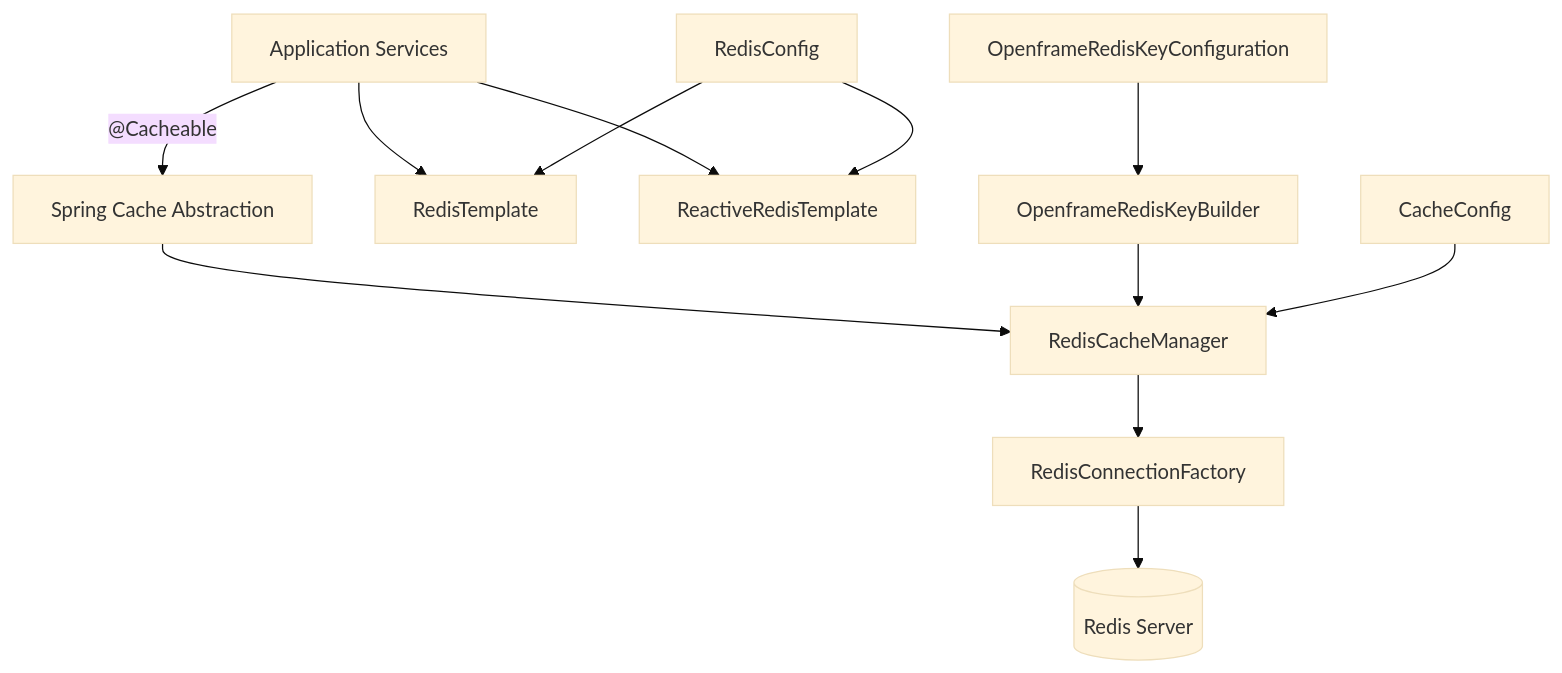
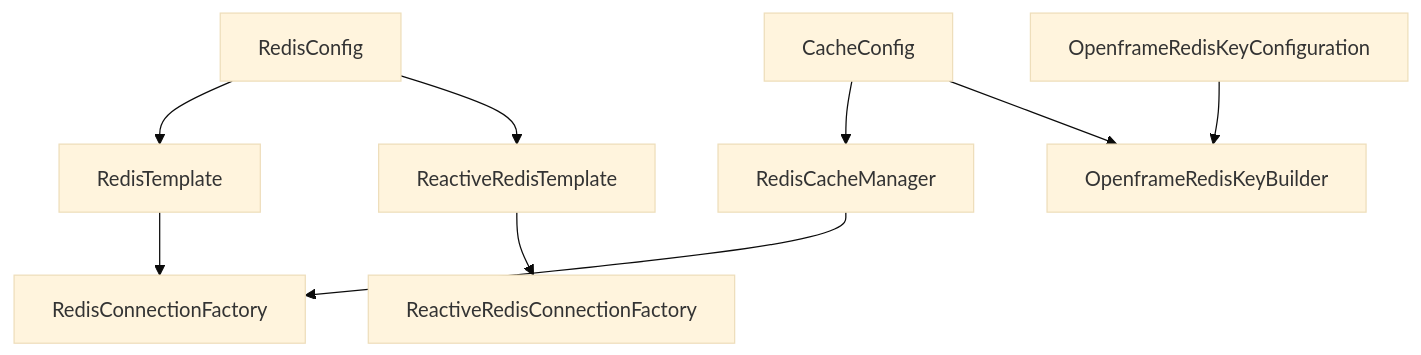
Before and after one commit to flamingo-stack/openframe-oss-lib: the second of 5 diagrams in docs/reference/architecture/data-redis-cache/data-redis-cache.md, drawn with Mermaid (base theme). The commit also changed other lines of this file and 172 other files, not shown here.

````diff
--- a/docs/reference/architecture/data-redis-cache/data-redis-cache.md
+++ b/docs/reference/architecture/data-redis-cache/data-redis-cache.md
@@ -20,16 +56,14 @@
 ```mermaid
 flowchart TD
-    AppServices["Application Services"] -->|"@Cacheable"| SpringCache["Spring Cache Abstraction"]
-    SpringCache --> CacheManager["RedisCacheManager"]
+    RedisConfig["RedisConfig"] --> RedisTemplate["RedisTemplate<String,String>"]
+    RedisConfig --> ReactiveTemplate["ReactiveRedisTemplate<String,String>"]
+
+    CacheConfig["CacheConfig"] --> CacheManager["RedisCacheManager"]
+    CacheConfig --> KeyBuilder["OpenframeRedisKeyBuilder"]
+
+    KeyConfig["OpenframeRedisKeyConfiguration"] --> KeyBuilder
+
     CacheManager --> RedisConnection["RedisConnectionFactory"]
-    RedisConnection --> RedisServer[("Redis Server")]
-
-    AppServices --> RedisTemplate["RedisTemplate"]
-    AppServices --> ReactiveTemplate["ReactiveRedisTemplate"]
-
-    KeyBuilder["OpenframeRedisKeyBuilder"] --> CacheManager
-    KeyConfig["OpenframeRedisKeyConfiguration"] --> KeyBuilder
-    RedisConfigNode["RedisConfig"] --> RedisTemplate
-    RedisConfigNode --> ReactiveTemplate
-    CacheConfigNode["CacheConfig"] --> CacheManager
+    RedisTemplate --> RedisConnection
+    ReactiveTemplate --> ReactiveConnection["ReactiveRedisConnectionFactory"]
 ```
````
